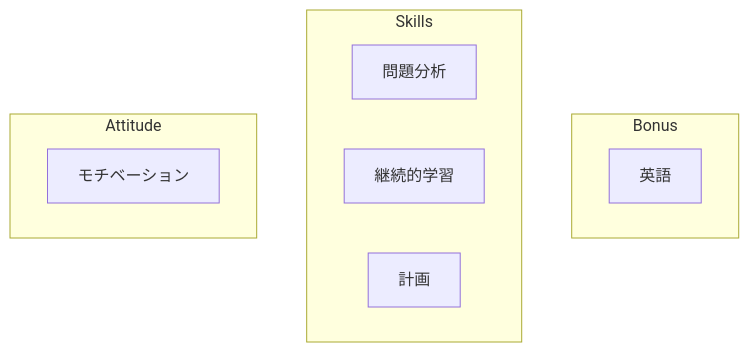
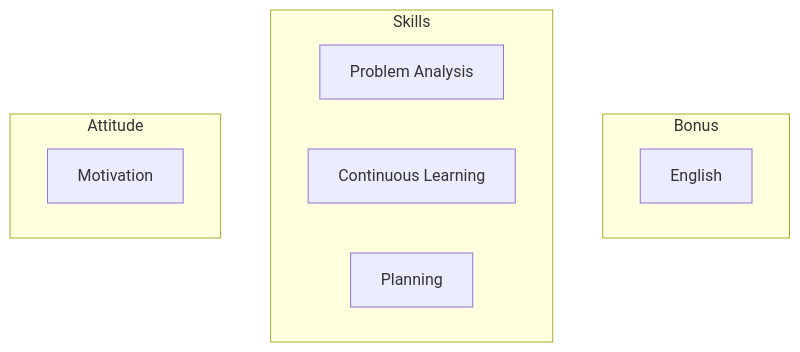
Before and after one commit to KakkoiDev/izumo-io: the diagram in docs/01_how_to_be_great_at_anything/README_jp.md, drawn with Mermaid. The commit also changed other lines of this file and 27 other files, not shown here.

````diff
--- a/docs/01_how_to_be_great_at_anything/README_jp.md
+++ b/docs/01_how_to_be_great_at_anything/README_jp.md
@@ -7,14 +7,14 @@
 ```mermaid
 flowchart TD
     subgraph Bonus
-        E[英語]
+        E[English]
     end
     subgraph Skills
-        B[問題分析]
-        C[継続的学習]
-        D[計画]
+        B[Problem Analysis]
+        C[Continuous Learning]
+        D[Planning]
     end
     subgraph Attitude
-        A[モチベーション]
+        A[Motivation]
     end
 ```
````
